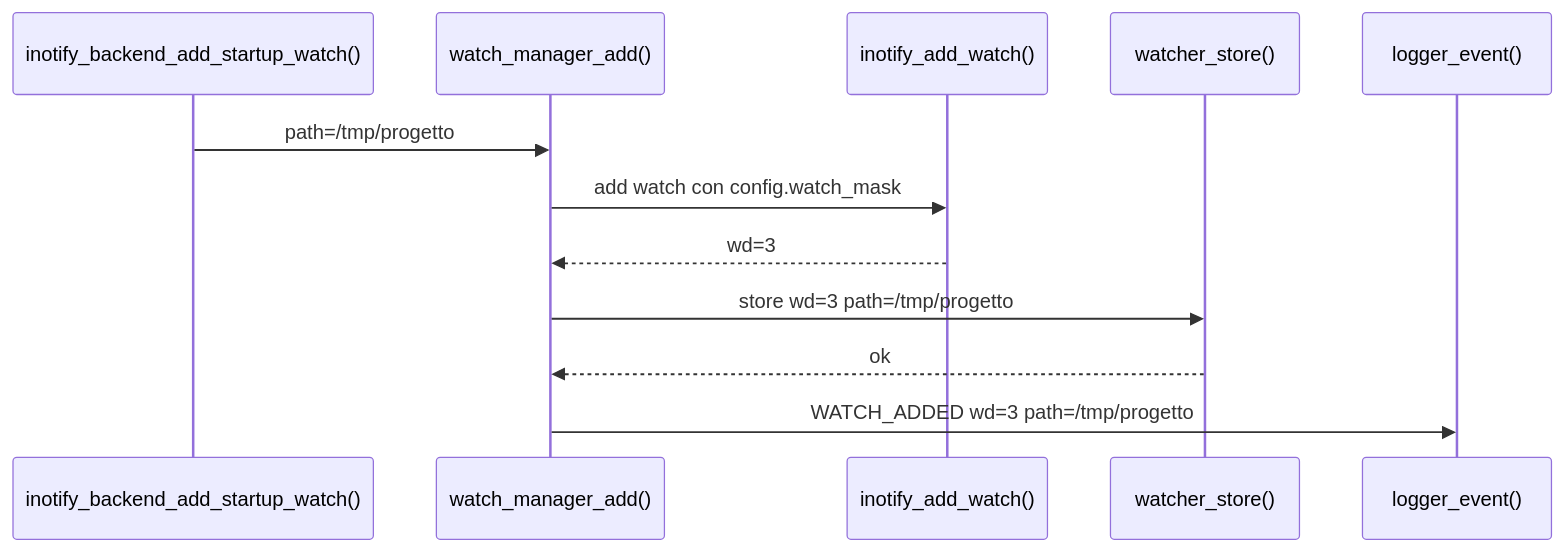
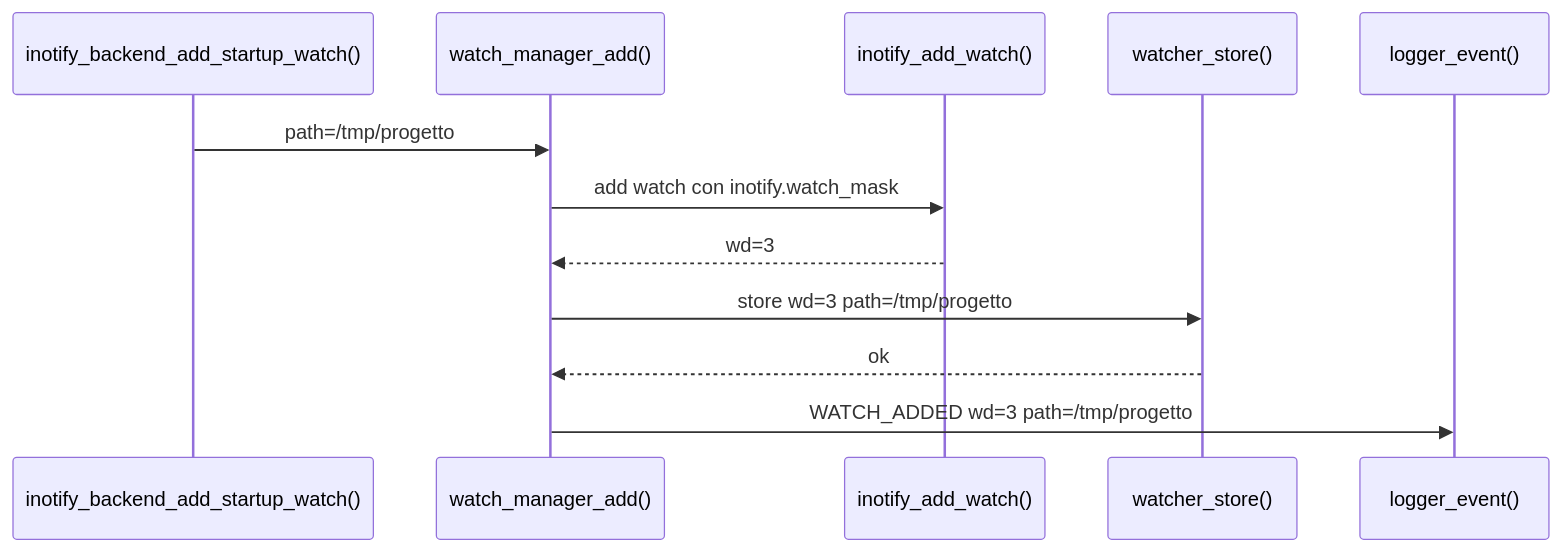
The tenth of 17 diagrams in docs/it/16-mappa-codice-e-strutture.md (kinderp/alfred), drawn with Mermaid before and after one commit. The commit also changed other lines of this file and 11 other files, not shown here.

First line of the commit message:
refactor: split inotify backend config

````diff
--- a/docs/it/16-mappa-codice-e-strutture.md
+++ b/docs/it/16-mappa-codice-e-strutture.md
@@ -620,15 +628,15 @@
 ```mermaid
 sequenceDiagram
     participant Backend as inotify_backend_add_startup_watch()
     participant Manager as watch_manager_add()
     participant Kernel as inotify_add_watch()
     participant Table as watcher_store()
     participant Logger as logger_event()
 
     Backend->>Manager: path=/tmp/progetto
-    Manager->>Kernel: add watch con config.watch_mask
+    Manager->>Kernel: add watch con inotify.watch_mask
     Kernel-->>Manager: wd=3
     Manager->>Table: store wd=3 path=/tmp/progetto
     Table-->>Manager: ok
     Manager->>Logger: WATCH_ADDED wd=3 path=/tmp/progetto
 ```
````
